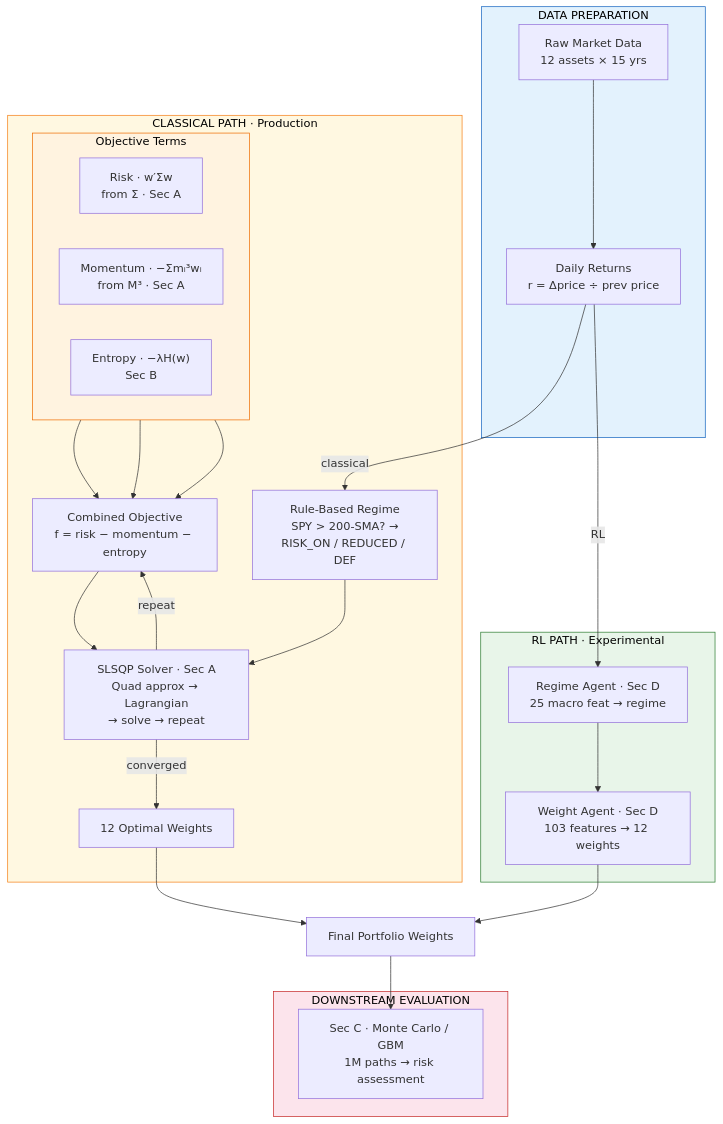
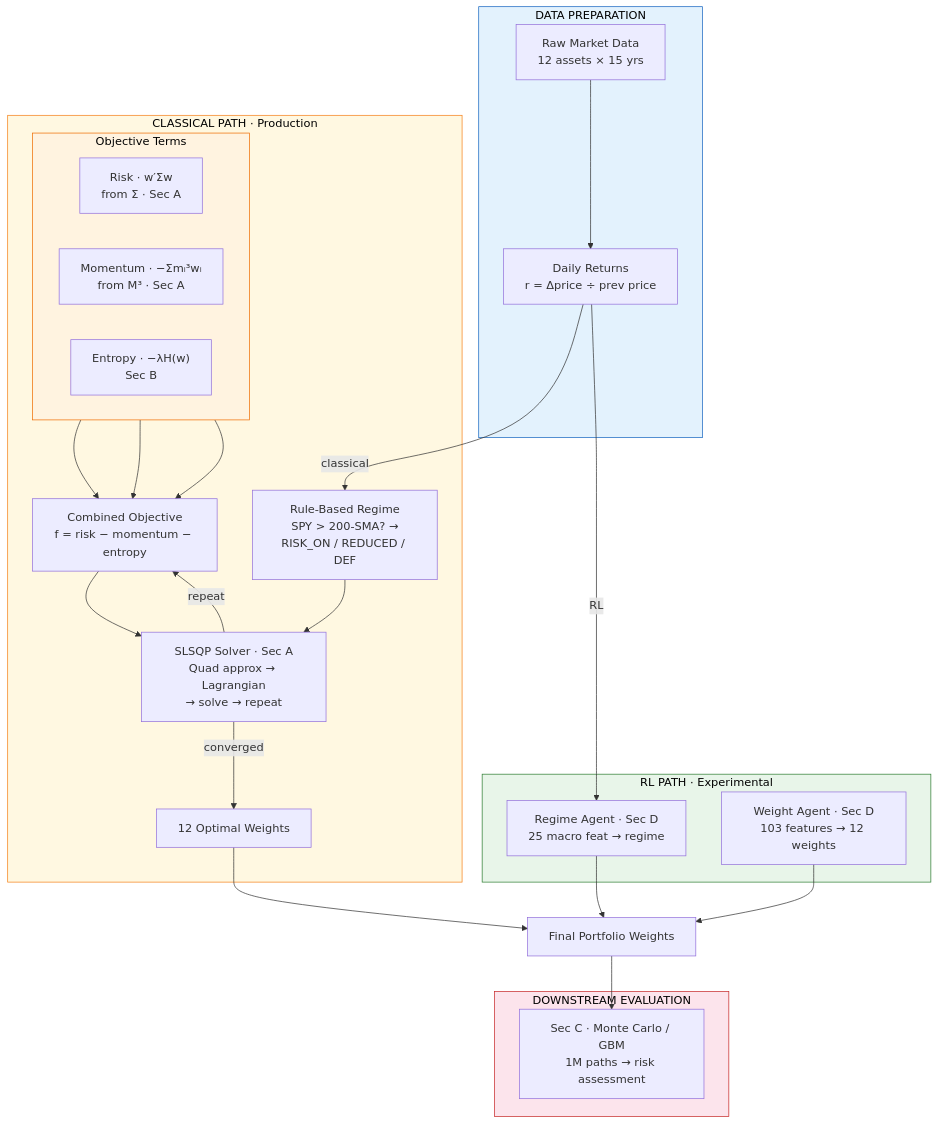
Before and after one commit to Guannings/alpha_dual_engine: the diagram in README.md, drawn with Mermaid.

Commit message:
Fix RL agents — parallel not sequential, independently toggleable
Regime Agent and Weight Agent are independent agents that can each
be enabled/disabled separately in the Streamlit interface. Removed
the incorrect REG_R → W_R edge; both now connect directly to Final
Portfolio Weights.

````diff
--- a/README.md
+++ b/README.md
@@ -1067,55 +1067,54 @@
 ```mermaid
 graph TD
     subgraph DATA ["DATA PREPARATION"]
         RAW["Raw Market Data<br/>12 assets × 15 yrs"]
         RET["Daily Returns<br/>r = Δprice ÷ prev price"]
     end
 
     RAW --> RET
 
     subgraph CLASSICAL ["CLASSICAL PATH · Production"]
         REG_C["Rule-Based Regime<br/>SPY > 200-SMA? →<br/>RISK_ON / REDUCED / DEF"]
         subgraph TERMS ["Objective Terms"]
             direction LR
             RISK["Risk · w′Σw<br/>from Σ · Sec A"]
             MOMENT["Momentum · −Σmᵢ³wᵢ<br/>from M³ · Sec A"]
             ENTROPY["Entropy · −λH(w)<br/>Sec B"]
         end
         OBJ["Combined Objective<br/>f = risk − momentum − entropy"]
         ITER["SLSQP Solver · Sec A<br/>Quad approx → Lagrangian<br/>→ solve → repeat"]
         W_C["12 Optimal Weights"]
     end
 
     subgraph RL_PATH ["RL PATH · Experimental"]
         REG_R["Regime Agent · Sec D<br/>25 macro feat → regime"]
         W_R["Weight Agent · Sec D<br/>103 features → 12 weights"]
     end
 
     RET -->|"classical"| REG_C
     RET -->|"RL"| REG_R
 
     RISK --> OBJ
     MOMENT --> OBJ
     ENTROPY --> OBJ
     REG_C --> ITER
     OBJ --> ITER
     ITER -->|"converged"| W_C
     ITER -->|"repeat"| OBJ
 
-    REG_R --> W_R
-
     W_C --> FINAL["Final Portfolio Weights"]
+    REG_R --> FINAL
     W_R --> FINAL
 
     subgraph DOWN ["DOWNSTREAM EVALUATION"]
         MC["Sec C · Monte Carlo / GBM<br/>1M paths → risk assessment"]
     end
 
     FINAL --> MC
 
     style DATA fill:#e3f2fd,stroke:#1565c0,color:#000
     style CLASSICAL fill:#fff8e1,stroke:#f57f17,color:#000
     style TERMS fill:#fff3e0,stroke:#ef6c00,color:#000
     style RL_PATH fill:#e8f5e9,stroke:#2e7d32,color:#000
     style DOWN fill:#fce4ec,stroke:#c62828,color:#000
 ```
````
